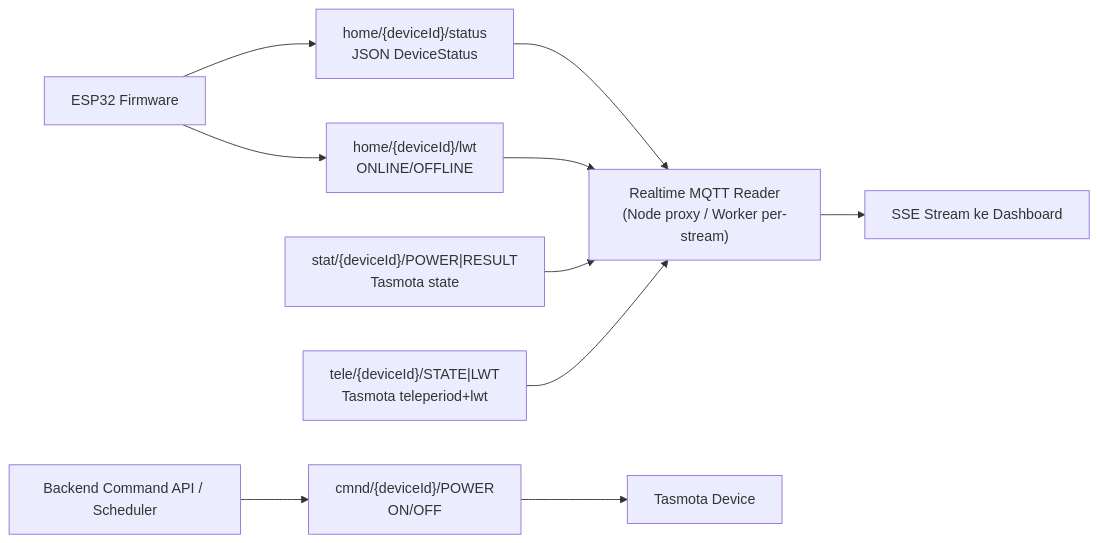
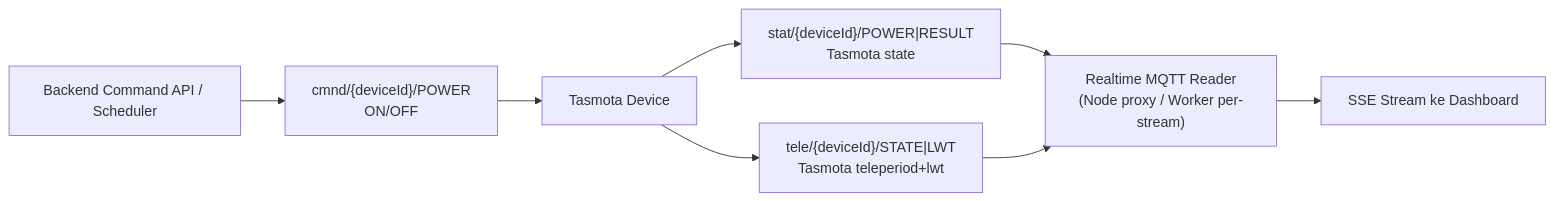
Before and after one commit to afaavimala/Lampu-PIntar-Rumah-Tangga: the second of 6 diagrams in docs/Diagram_Arsitektur_Ekosistem_SmartLamp.md, drawn with Mermaid. The commit also changed other lines of this file and 40 other files, not shown here.

````diff
--- a/docs/Diagram_Arsitektur_Ekosistem_SmartLamp.md
+++ b/docs/Diagram_Arsitektur_Ekosistem_SmartLamp.md
@@ -105,18 +105,14 @@
 ```mermaid
 flowchart LR
-  STATUS["home/{deviceId}/status<br/>JSON DeviceStatus"]
-  LWT["home/{deviceId}/lwt<br/>ONLINE/OFFLINE"]
   TCMND["cmnd/{deviceId}/POWER<br/>ON/OFF"]
   TSTAT["stat/{deviceId}/POWER|RESULT<br/>Tasmota state"]
   TTELE["tele/{deviceId}/STATE|LWT<br/>Tasmota teleperiod+lwt"]
 
   API["Backend Command API / Scheduler"] --> TCMND
-  ESP["ESP32 Firmware"] --> STATUS
-  ESP --> LWT
-  STATUS --> RT["Realtime MQTT Reader<br/>(Node proxy / Worker per-stream)"]
-  LWT --> RT
-  TSTAT --> RT
+  ESP["Tasmota Device"] --> TSTAT
+  ESP --> TTELE
+  TSTAT --> RT["Realtime MQTT Reader<br/>(Node proxy / Worker per-stream)"]
   TTELE --> RT
-  TCMND --> TASMOTA["Tasmota Device"]
+  TCMND --> ESP
   RT --> SSE["SSE Stream ke Dashboard"]
 ```
````
